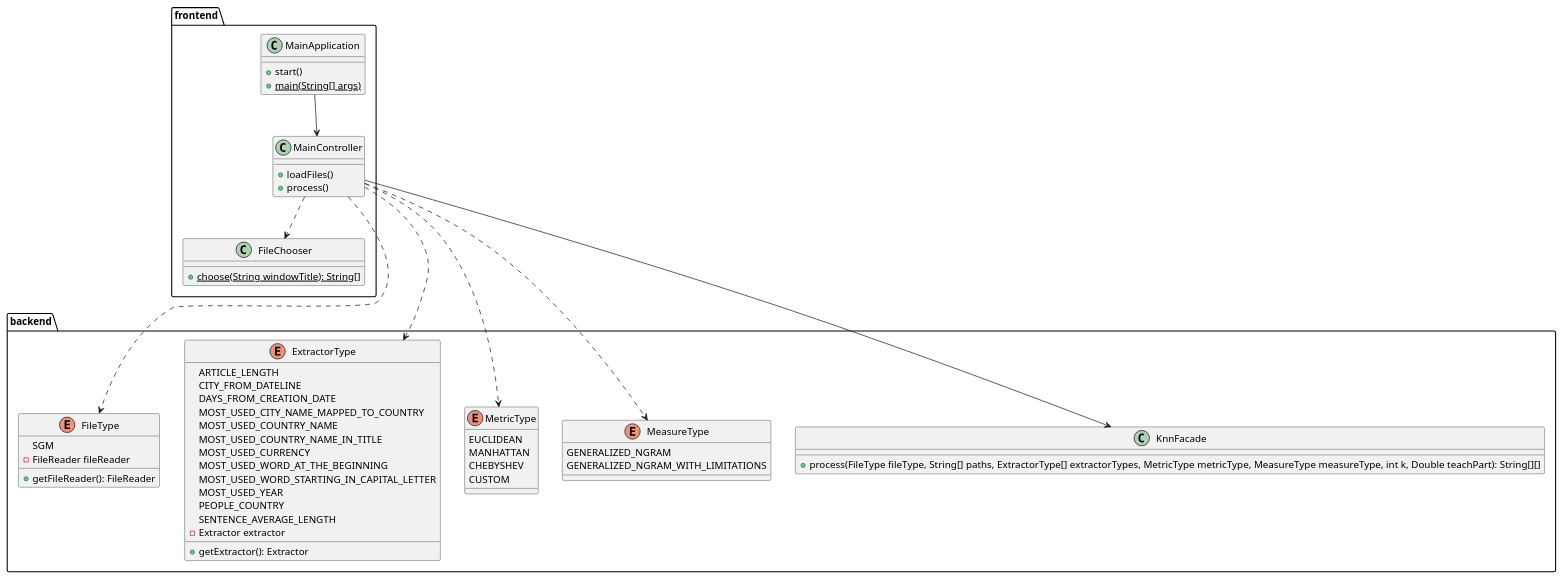
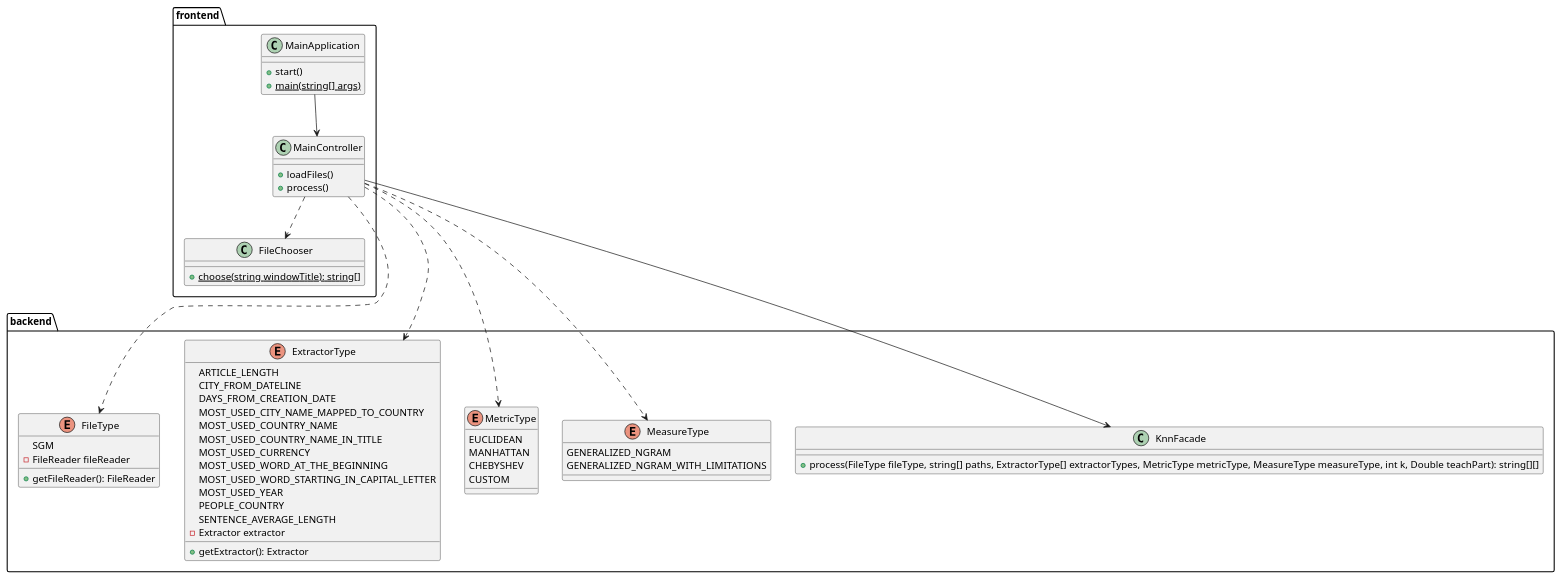
One commit to kambed/Computer-Recognition-Systems changed the second of 10 diagrams in README.md. Above: the diagram before and after it, drawn with PlantUML. The commit also changed other lines of this file, not shown here.

````diff
--- a/README.md
+++ b/README.md
@@ -29,58 +29,58 @@
 ```plantuml
 package frontend {
     class MainApplication {
         + start()
-        + {static} main(String[] args)
+        + {static} main(string[] args)
     }
     class MainController {
         + loadFiles()
         + process()
     }
     class FileChooser {
-        + {static} choose(String windowTitle): String[]
+        + {static} choose(string windowTitle): string[]
     }
     MainController ..> FileChooser
     MainApplication --> MainController
 }
 package backend {
     enum FileType {
         SGM
         - FileReader fileReader
         + getFileReader(): FileReader
     }
     enum ExtractorType {
         ARTICLE_LENGTH
         CITY_FROM_DATELINE
         DAYS_FROM_CREATION_DATE
         MOST_USED_CITY_NAME_MAPPED_TO_COUNTRY
         MOST_USED_COUNTRY_NAME
         MOST_USED_COUNTRY_NAME_IN_TITLE
         MOST_USED_CURRENCY
         MOST_USED_WORD_AT_THE_BEGINNING
         MOST_USED_WORD_STARTING_IN_CAPITAL_LETTER
         MOST_USED_YEAR
         PEOPLE_COUNTRY
         SENTENCE_AVERAGE_LENGTH
         - Extractor extractor
         + getExtractor(): Extractor
     }
     enum MetricType {
         EUCLIDEAN
         MANHATTAN
         CHEBYSHEV
         CUSTOM
     }
     enum MeasureType {
         GENERALIZED_NGRAM
         GENERALIZED_NGRAM_WITH_LIMITATIONS
     }
     class KnnFacade {
-        + process(FileType fileType, String[] paths, ExtractorType[] extractorTypes, MetricType metricType, MeasureType measureType, int k, Double teachPart): String[][]
+        + process(FileType fileType, string[] paths, ExtractorType[] extractorTypes, MetricType metricType, MeasureType measureType, int k, Double teachPart): string[][]
     }
 }
 MainController ---> KnnFacade
 MainController ..> FileType
 MainController ..> MetricType
 MainController ..> MeasureType
 MainController ..> ExtractorType
 ```
````
